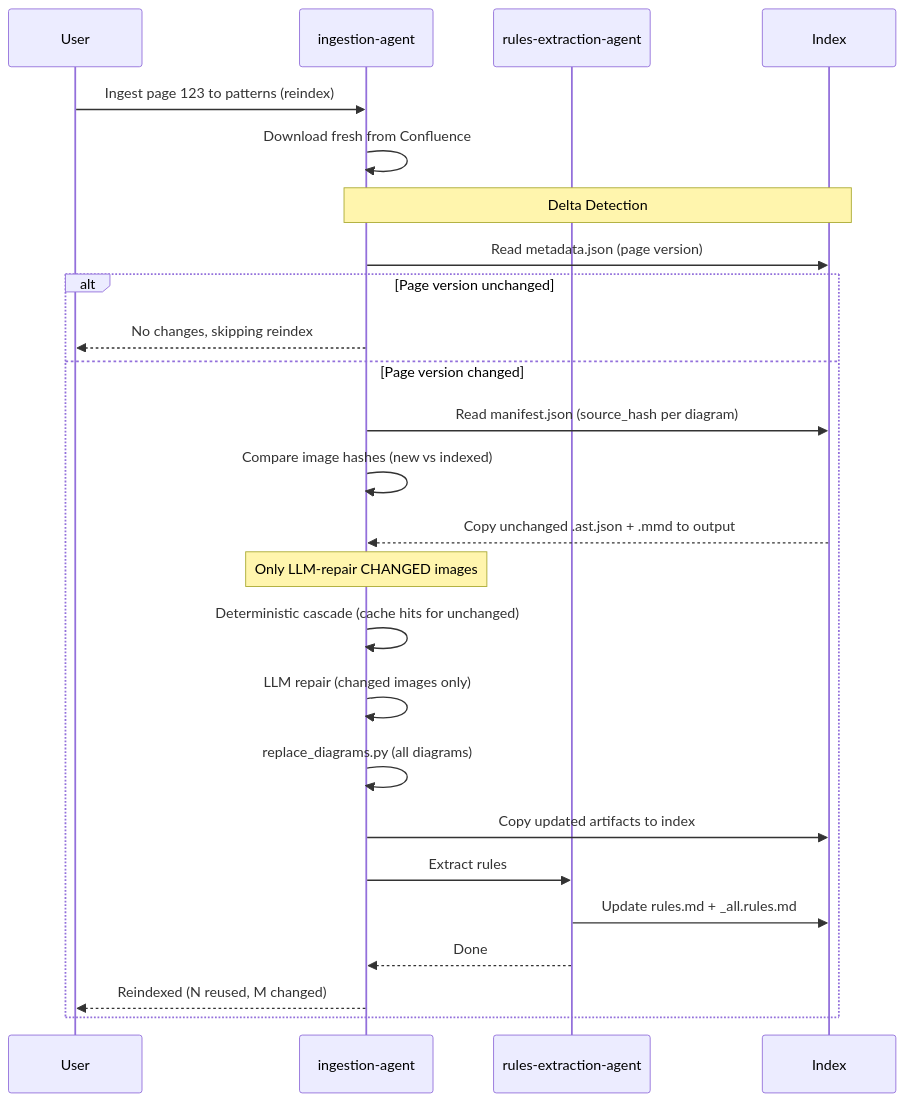
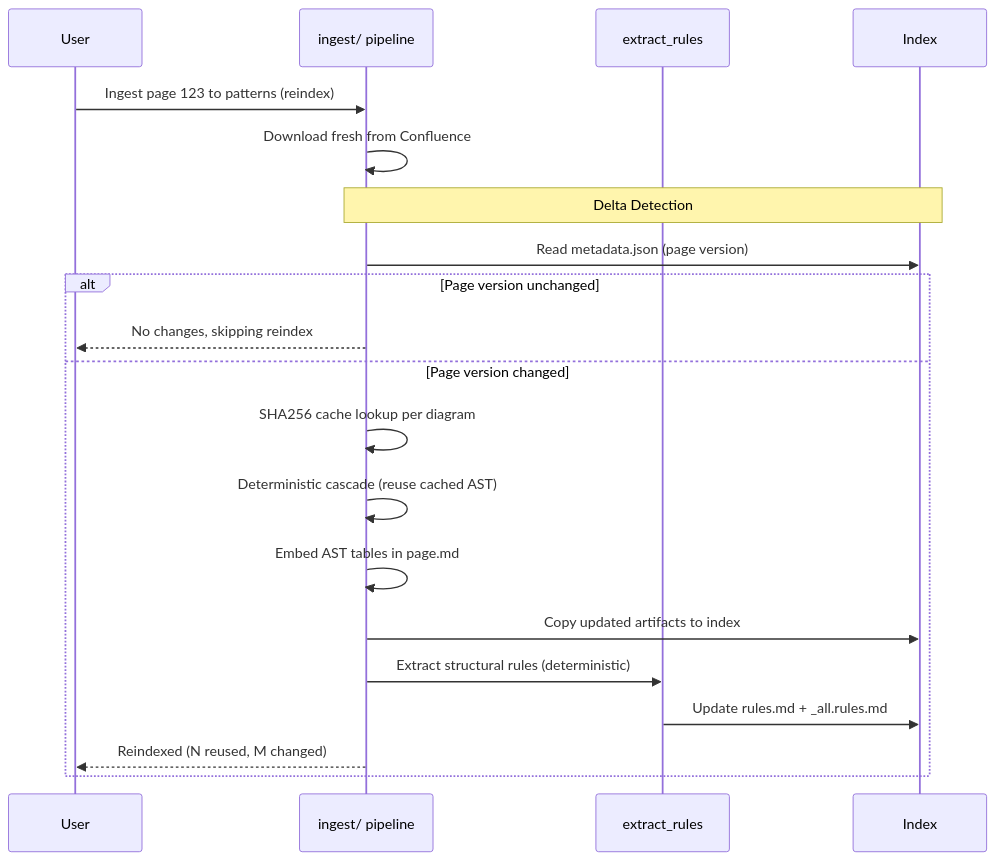
One commit to byrash/architecture-governance changed the third of 5 diagrams in README.md. Above: the diagram before and after it, drawn with Mermaid. The commit also changed other lines of this file and 53 other files, not shown here.

````diff
--- a/README.md
+++ b/README.md
@@ -298,29 +281,24 @@
 ```mermaid
 sequenceDiagram
     participant User
-    participant IA as ingestion-agent
-    participant REA as rules-extraction-agent
+    participant IA as ingest/ pipeline
+    participant RE as extract_rules
     participant Index
 
     User->>IA: Ingest page 123 to patterns (reindex)
     IA->>IA: Download fresh from Confluence
 
     Note over IA,Index: Delta Detection
     IA->>Index: Read metadata.json (page version)
     alt Page version unchanged
         IA-->>User: No changes, skipping reindex
     else Page version changed
-        IA->>Index: Read manifest.json (source_hash per diagram)
-        IA->>IA: Compare image hashes (new vs indexed)
-        Index-->>IA: Copy unchanged .ast.json + .mmd to output
-        Note over IA: Only LLM-repair CHANGED images
-        IA->>IA: Deterministic cascade (cache hits for unchanged)
-        IA->>IA: LLM repair (changed images only)
-        IA->>IA: replace_diagrams.py (all diagrams)
+        IA->>IA: SHA256 cache lookup per diagram
+        IA->>IA: Deterministic cascade (reuse cached AST)
+        IA->>IA: Embed AST tables in page.md
         IA->>Index: Copy updated artifacts to index
-        IA->>REA: Extract rules
-        REA->>Index: Update rules.md + _all.rules.md
-        REA-->>IA: Done
+        IA->>RE: Extract structural rules (deterministic)
+        RE->>Index: Update rules.md + _all.rules.md
         IA-->>User: Reindexed (N reused, M changed)
     end
 ```
````
